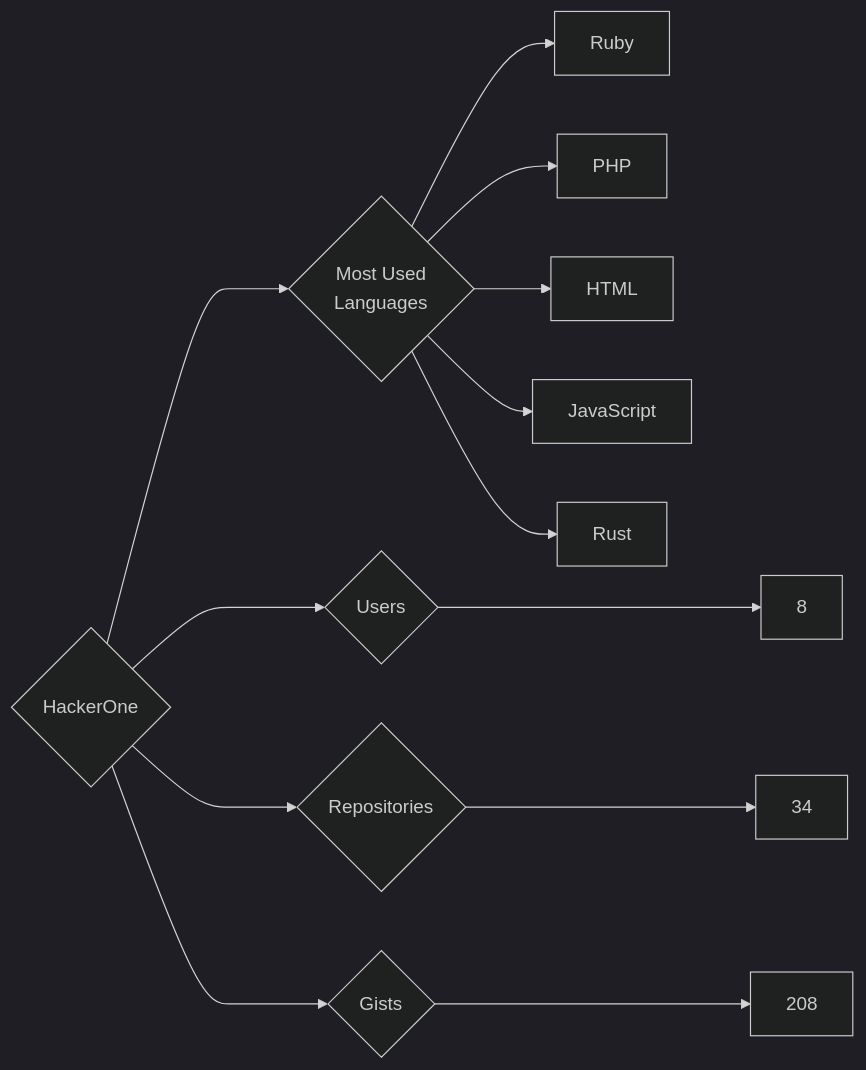
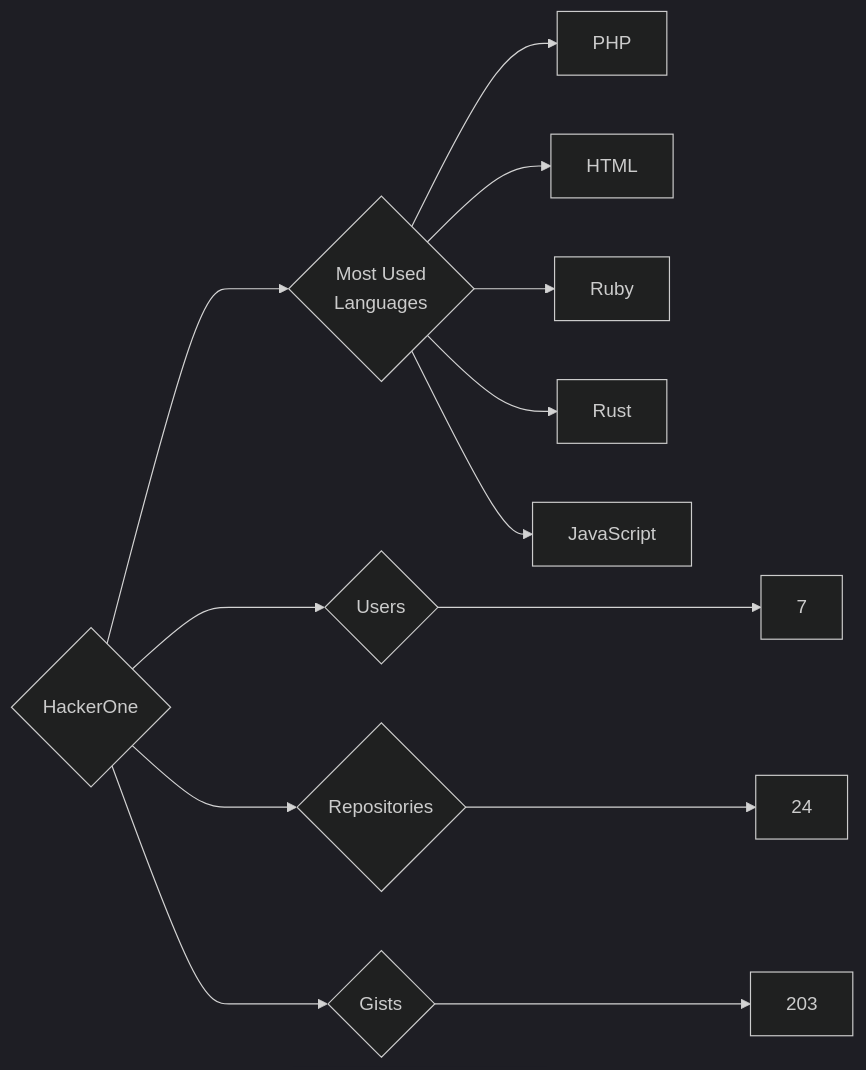
Before and after one commit to trickest/insiders: the diagram in targets/HackerOne/README.md, drawn with Mermaid (dark theme). The commit also changed 1030 other files, not shown here.

````diff
--- a/targets/HackerOne/README.md
+++ b/targets/HackerOne/README.md
@@ -3,13 +3,13 @@
 ```mermaid
 graph LR
 COMPANY_NAME{HackerOne}
-COMPANY_NAME ---> U{Users} ---> UN[8]
-COMPANY_NAME ---> R{Repositories} ---> RN[34]
-COMPANY_NAME ---> G{Gists} ---> GN[208]
+COMPANY_NAME ---> U{Users} ---> UN[7]
+COMPANY_NAME ---> R{Repositories} ---> RN[24]
+COMPANY_NAME ---> G{Gists} ---> GN[203]
 COMPANY_NAME ---> ML{Most Used<br>Languages}
-ML --> Ruby[Ruby]
 ML --> PHP[PHP]
 ML --> HTML[HTML]
+ML --> Ruby[Ruby]
+ML --> Rust[Rust]
 ML --> JavaScript[JavaScript]
-ML --> Rust[Rust]
 ```
````
